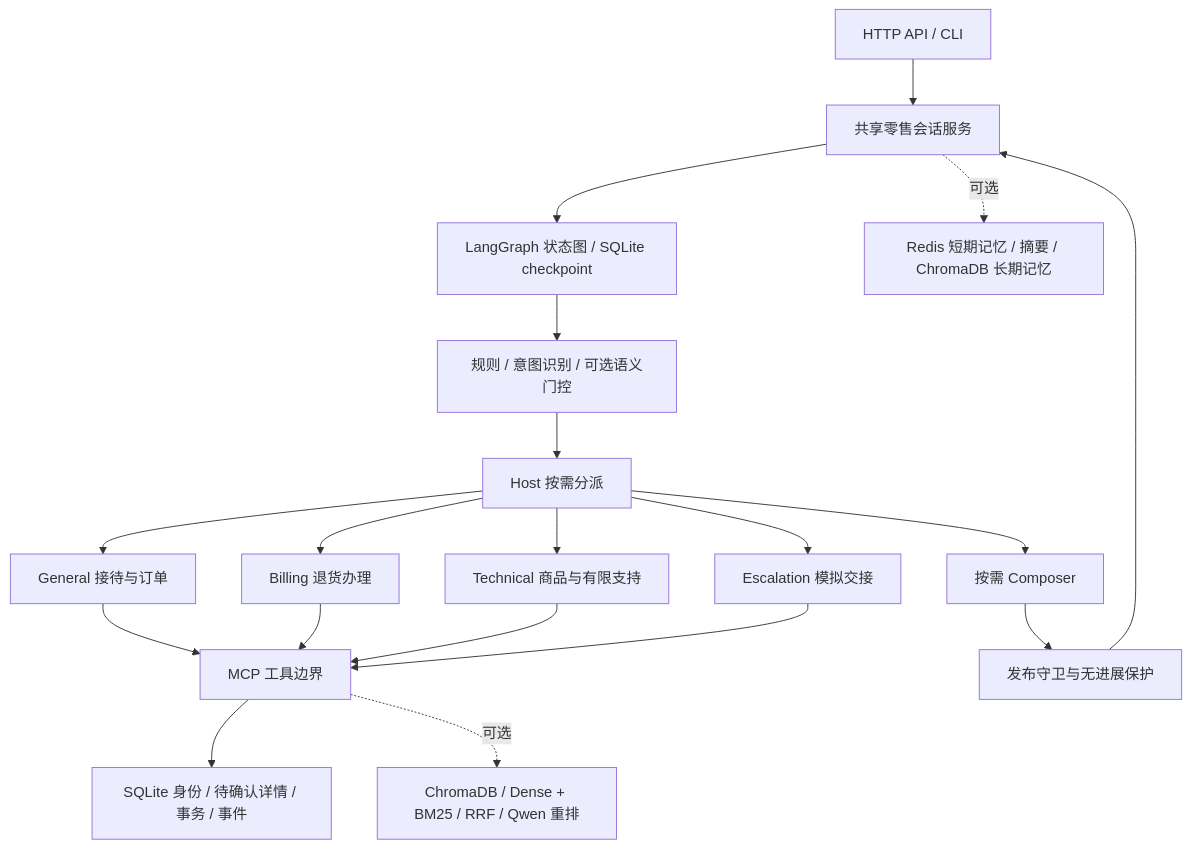
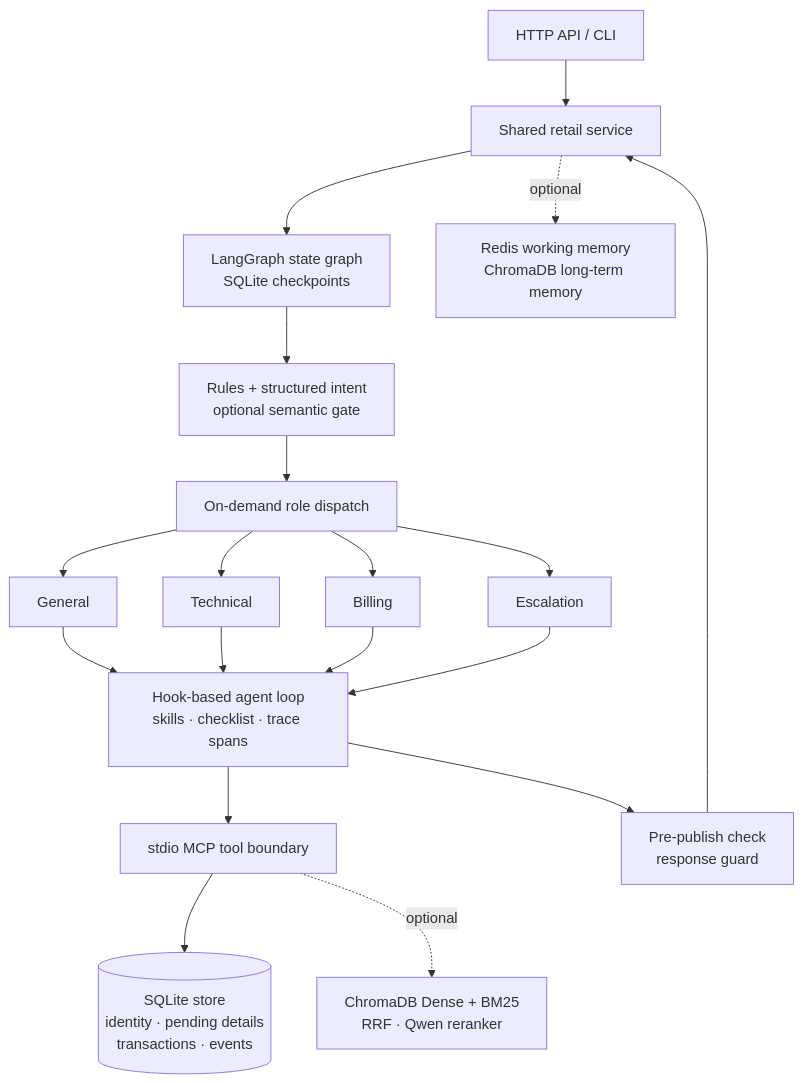
One commit to zaughterCoding/OrderWeave changed the first of 2 diagrams in README.md. Above: the diagram before and after it, drawn with Mermaid. The commit also changed other lines of this file and 5 other files, not shown here.

````diff
--- a/README.md
+++ b/README.md
@@ -27,21 +110,18 @@
 ```mermaid
 flowchart TD
-    Client[HTTP API / CLI] --> Service[共享零售会话服务]
-    Service --> Graph[LangGraph 状态图 / SQLite checkpoint]
-    Graph --> Route[规则 / 意图识别 / 可选语义门控]
-    Route --> Host[Host 按需分派]
-    Host --> General[General 接待与订单]
-    Host --> Technical[Technical 商品与有限支持]
-    Host --> Billing[Billing 退货办理]
-    Host --> Escalation[Escalation 模拟交接]
-    General --> Tools[MCP 工具边界]
-    Billing --> Tools
-    Technical --> Tools
-    Escalation --> Tools
-    Tools --> Store[SQLite 身份 / 待确认详情 / 事务 / 事件]
-    Host --> Compose[按需 Composer]
-    Compose --> Guard[发布守卫与无进展保护]
+    Client[HTTP API / CLI] --> Service[Shared retail service]
+    Service --> Graph[LangGraph state graph<br/>SQLite checkpoints]
+    Graph --> Route[Rules + structured intent<br/>optional semantic gate]
+    Route --> Host[On-demand role dispatch]
+    Host --> General[General]
+    Host --> Technical[Technical]
+    Host --> Billing[Billing]
+    Host --> Escalation[Escalation]
+    General & Technical & Billing & Escalation --> Loop[Hook-based agent loop<br/>skills · checklist · trace spans]
+    Loop --> Tools[stdio MCP tool boundary]
+    Tools --> Store[(SQLite store<br/>identity · pending details<br/>transactions · events)]
+    Loop --> Guard[Pre-publish check<br/>response guard]
     Guard --> Service
-    Tools -. 可选 .-> RAG[ChromaDB / Dense + BM25 / RRF / Qwen 重排]
-    Service -. 可选 .-> Memory[Redis 短期记忆 / 摘要 / ChromaDB 长期记忆]
+    Tools -. optional .-> RAG[ChromaDB Dense + BM25<br/>RRF · Qwen reranker]
+    Service -. optional .-> Memory[Redis working memory<br/>ChromaDB long-term memory]
 ```
````
